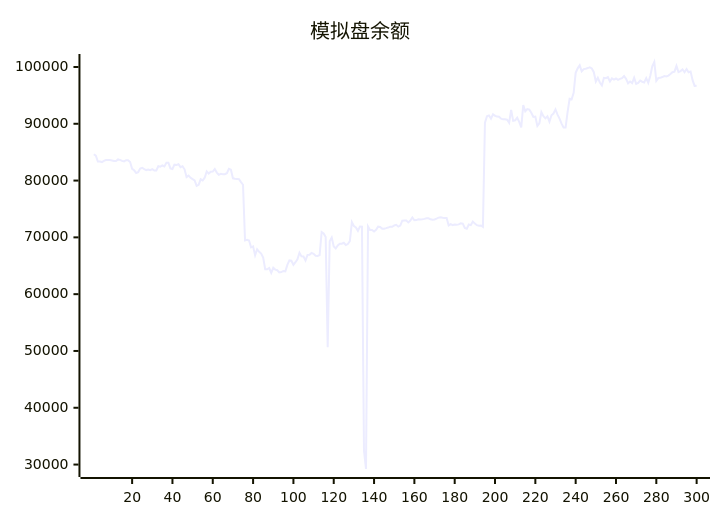
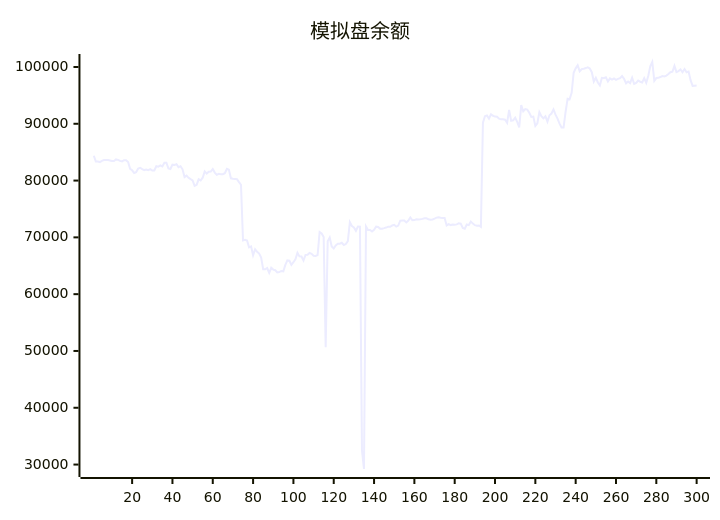
The diagram in README.md (aahl/ai-trading), drawn with Mermaid before and after one commit. The commit also changed other lines of this file and 1 other file, not shown here.

````diff
--- a/README.md
+++ b/README.md
@@ -5,5 +5,5 @@
 ```mermaid
 xychart
     title "模拟盘余额"
-    line [84635,84376,83360,83357,83259,83474,83608,83606,83602,83548,83440,83454,83724,83644,83464,83365,83590,83592,83275,82072,81806,81344,81492,82109,82254,82006,81848,81955,81829,82022,81769,81776,82522,82441,82656,82498,83144,83144,82150,82038,82797,82763,82872,82367,82536,81981,80612,80862,80484,80242,80034,79063,79245,80226,80016,80507,81625,81233,81544,81578,82016,81401,81019,81186,81130,81118,81306,82066,81909,80392,80304,80291,80258,79729,79261,69466,69579,69456,68251,68415,66832,67911,67462,67144,66432,64380,64375,64606,63740,64647,64324,64216,63842,63877,64078,64008,65156,65945,65888,65157,65625,66144,67284,66653,66639,65924,66925,66956,67263,67108,66766,66729,66886,70927,70673,70049,50652,69334,69973,68400,68061,68578,68876,68879,69055,68662,68822,69329,72687,71999,71760,71162,71911,71896,32500,29218,71927,71297,71305,71044,71337,71883,71822,71536,71536,71622,71723,71880,71860,72100,72216,71887,72077,72940,72976,72966,72638,72948,73497,73004,73041,73173,73160,73186,73258,73375,73351,73173,73098,73161,73305,73474,73536,73457,73413,73412,72100,72333,72164,72272,72204,72285,72461,72421,71652,71521,72267,72157,72774,72424,72144,72060,72091,71858,90185,91338,91466,90900,91678,91404,91268,91244,90903,90779,90787,90721,90187,92429,90518,90619,91070,90328,89376,93286,92202,92581,92485,91947,91196,91259,89619,90086,92063,91355,90950,91327,90373,91498,91800,92531,91603,90910,90031,89351,89334,92097,94406,94315,95455,98972,99763,100286,99229,99622,99701,99805,99938,99738,99082,97430,98094,97267,96741,98081,98013,98194,97447,97983,97789,97969,97729,97911,98043,98405,97912,97120,97448,97154,98095,97021,97190,97616,97402,97263,98035,97210,98424,100120,100876,97552,98049,98085,98228,98388,98342,98488,98750,99086,99181,100188,99107,99272,99553,99072,99636,99061,99186,97674,96679,96704]
+    line [84376,83360,83357,83259,83474,83608,83606,83602,83548,83440,83454,83724,83644,83464,83365,83590,83592,83275,82072,81806,81344,81492,82109,82254,82006,81848,81955,81829,82022,81769,81776,82522,82441,82656,82498,83144,83144,82150,82038,82797,82763,82872,82367,82536,81981,80612,80862,80484,80242,80034,79063,79245,80226,80016,80507,81625,81233,81544,81578,82016,81401,81019,81186,81130,81118,81306,82066,81909,80392,80304,80291,80258,79729,79261,69466,69579,69456,68251,68415,66832,67911,67462,67144,66432,64380,64375,64606,63740,64647,64324,64216,63842,63877,64078,64008,65156,65945,65888,65157,65625,66144,67284,66653,66639,65924,66925,66956,67263,67108,66766,66729,66886,70927,70673,70049,50652,69334,69973,68400,68061,68578,68876,68879,69055,68662,68822,69329,72687,71999,71760,71162,71911,71896,32500,29218,71927,71297,71305,71044,71337,71883,71822,71536,71536,71622,71723,71880,71860,72100,72216,71887,72077,72940,72976,72966,72638,72948,73497,73004,73041,73173,73160,73186,73258,73375,73351,73173,73098,73161,73305,73474,73536,73457,73413,73412,72100,72333,72164,72272,72204,72285,72461,72421,71652,71521,72267,72157,72774,72424,72144,72060,72091,71858,90185,91338,91466,90900,91678,91404,91268,91244,90903,90779,90787,90721,90187,92429,90518,90619,91070,90328,89376,93286,92202,92581,92485,91947,91196,91259,89619,90086,92063,91355,90950,91327,90373,91498,91800,92531,91603,90910,90031,89351,89334,92097,94406,94315,95455,98972,99763,100286,99229,99622,99701,99805,99938,99738,99082,97430,98094,97267,96741,98081,98013,98194,97447,97983,97789,97969,97729,97911,98043,98405,97912,97120,97448,97154,98095,97021,97190,97616,97402,97263,98035,97210,98424,100120,100876,97552,98049,98085,98228,98388,98342,98488,98750,99086,99181,100188,99107,99272,99553,99072,99636,99061,99186,97674,96679,96704,96743]
 ```
````
